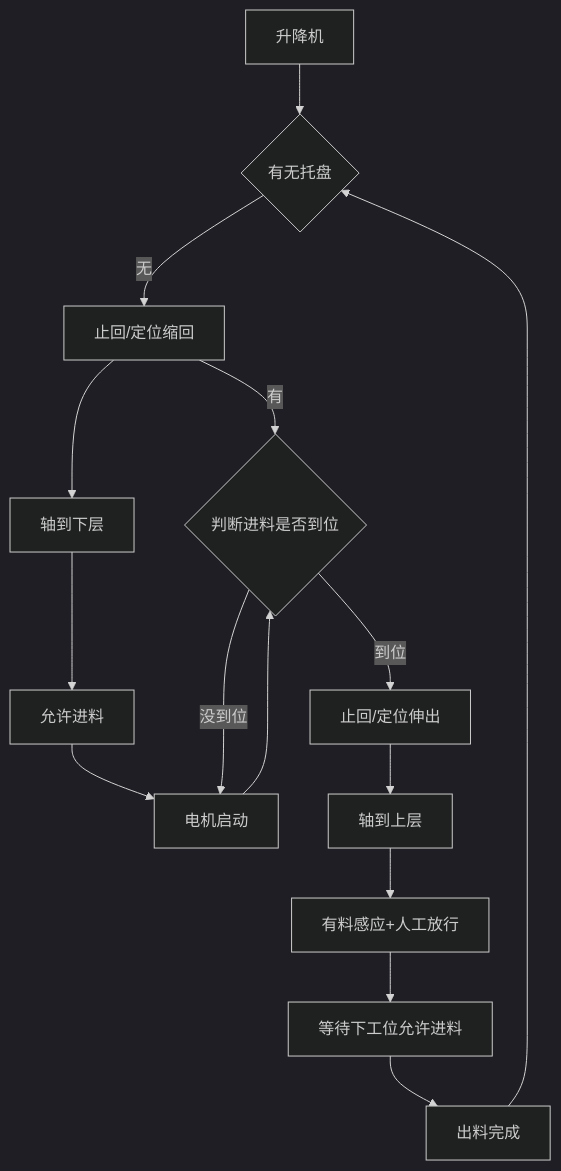
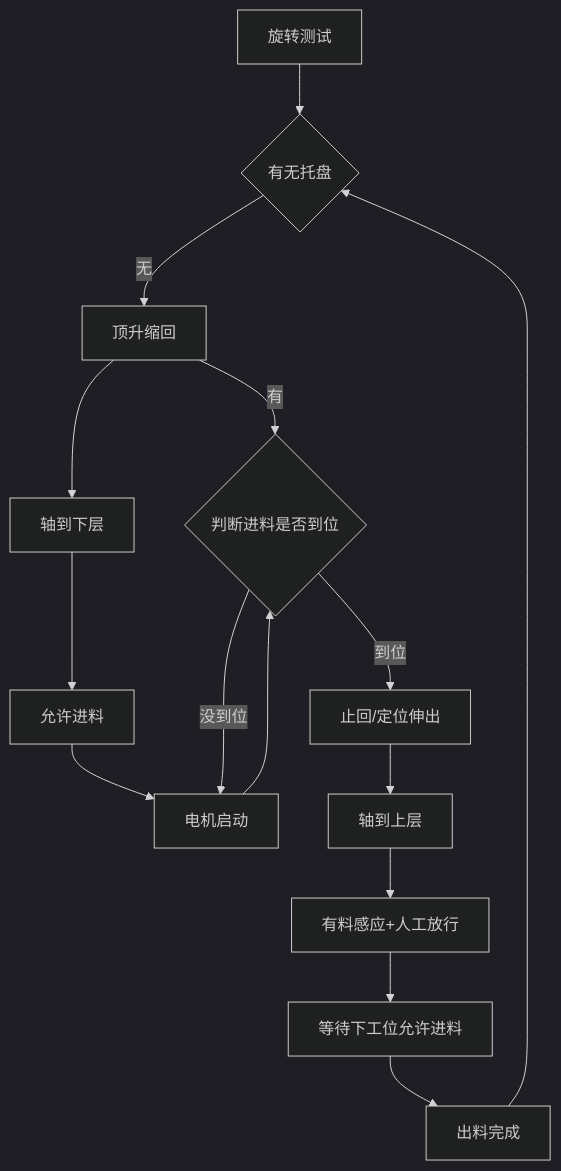
One commit to PengKun1/iodraw-files changed the diagram in all/旋转测试台.md. Above: the diagram before and after it, drawn with Mermaid (dark theme).

Commit message:
2024-12-23 16:23:08 update

````diff
--- a/all/旋转测试台.md
+++ b/all/旋转测试台.md
@@ -1,17 +1,17 @@
 ```mermaid
 graph TD
-0[升降机]-->10
+0[旋转测试]-->10
 10{有无托盘}-->|无|20
 20-->|有|50
-20[止回/定位缩回]-->30
+20[顶升缩回]-->30
 30[轴到下层]-->40
 40[允许进料]-->45
 45[电机启动]-->50
 50{判断进料是否到位}-->|到位|60 
 50-->|没到位|45
 60[止回/定位伸出]-->70
 70[轴到上层]-->80
 80[有料感应+人工放行]-->90
 90[等待下工位允许进料]-->100
 100[出料完成]-->10
 ```
````
